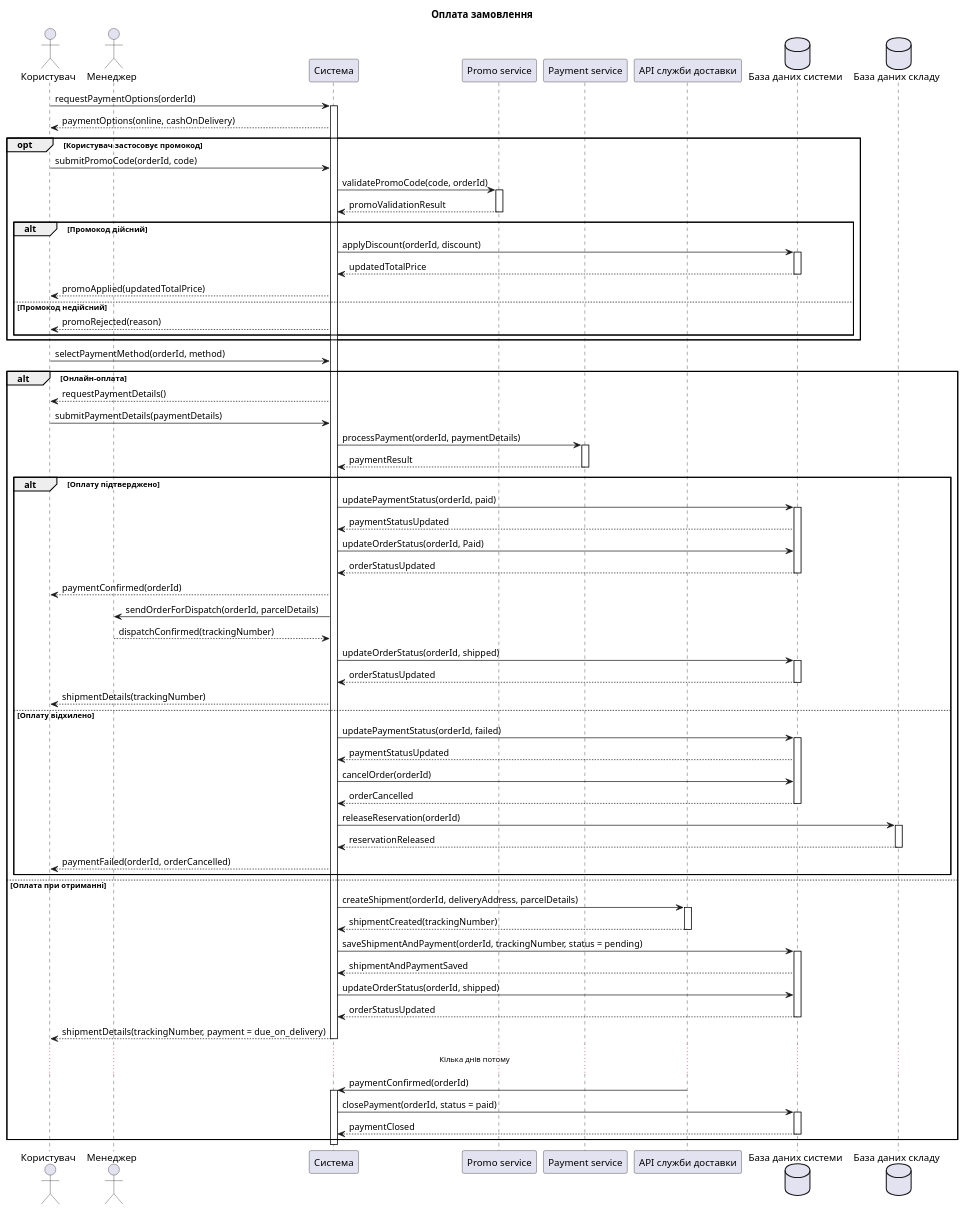
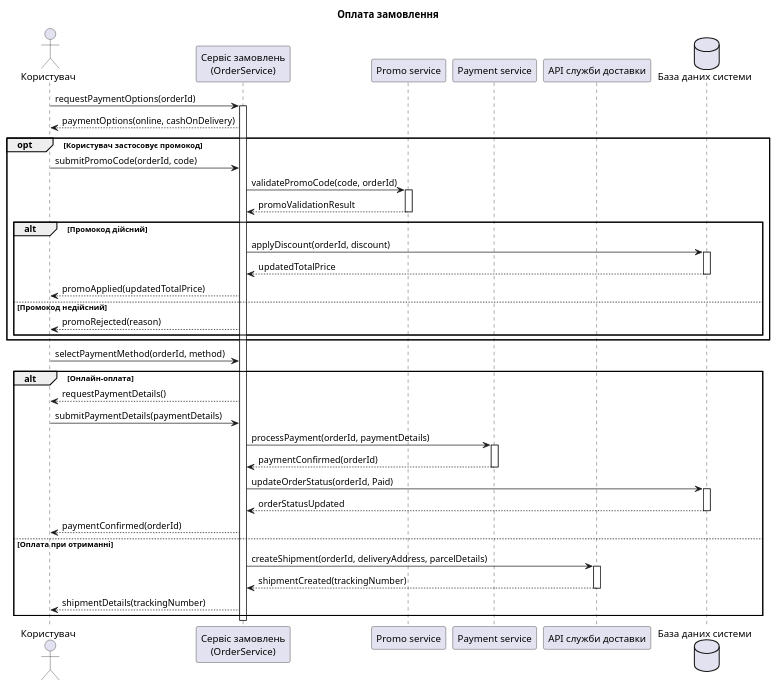
The diagram in lab3/payment.md (sklokcm/KPI2), drawn with PlantUML before and after one commit. The commit also changed other lines of this file and 8 other files, not shown here.

```diff
--- a/lab3/payment.md
+++ b/lab3/payment.md
@@ -2,98 +2,57 @@
 title Оплата замовлення
 
 actor "Користувач" as User
-actor "Менеджер" as Manager
-participant "Система" as System
+participant "Сервіс замовлень\n(OrderService)" as OrderService
 participant "Promo service" as Promo
 participant "Payment service" as Payment
 participant "API служби доставки" as Delivery
 database "База даних системи" as Database
-database "База даних складу" as Inventory
 
-User -> System : requestPaymentOptions(orderId)
-activate System
-System --> User : paymentOptions(online, cashOnDelivery)
+User -> OrderService : requestPaymentOptions(orderId)
+activate OrderService
+OrderService --> User : paymentOptions(online, cashOnDelivery)
 
 opt Користувач застосовує промокод
-    User -> System : submitPromoCode(orderId, code)
-    System -> Promo : validatePromoCode(code, orderId)
+    User -> OrderService : submitPromoCode(orderId, code)
+    OrderService -> Promo : validatePromoCode(code, orderId)
     activate Promo
-    Promo --> System : promoValidationResult
+    Promo --> OrderService : promoValidationResult
     deactivate Promo
 
     alt Промокод дійсний
-        System -> Database : applyDiscount(orderId, discount)
+        OrderService -> Database : applyDiscount(orderId, discount)
         activate Database
-        Database --> System : updatedTotalPrice
+        Database --> OrderService : updatedTotalPrice
         deactivate Database
-        System --> User : promoApplied(updatedTotalPrice)
+        OrderService --> User : promoApplied(updatedTotalPrice)
     else Промокод недійсний
-        System --> User : promoRejected(reason)
+        OrderService --> User : promoRejected(reason)
     end
 end
 
-User -> System : selectPaymentMethod(orderId, method)
+User -> OrderService : selectPaymentMethod(orderId, method)
 
 alt Онлайн-оплата
-    System --> User : requestPaymentDetails()
-    User -> System : submitPaymentDetails(paymentDetails)
-    System -> Payment : processPayment(orderId, paymentDetails)
+    OrderService --> User : requestPaymentDetails()
+    User -> OrderService : submitPaymentDetails(paymentDetails)
+    OrderService -> Payment : processPayment(orderId, paymentDetails)
     activate Payment
-    Payment --> System : paymentResult
+    Payment --> OrderService : paymentConfirmed(orderId)
     deactivate Payment
 
-    alt Оплату підтверджено
-        System -> Database : updatePaymentStatus(orderId, paid)
-        activate Database
-        Database --> System : paymentStatusUpdated
-        System -> Database : updateOrderStatus(orderId, Paid)
-        Database --> System : orderStatusUpdated
-        deactivate Database
-        System --> User : paymentConfirmed(orderId)
-
-        System -> Manager : sendOrderForDispatch(orderId, parcelDetails)
-        Manager --> System : dispatchConfirmed(trackingNumber)
-        System -> Database : updateOrderStatus(orderId, shipped)
-        activate Database
-        Database --> System : orderStatusUpdated
-        deactivate Database
-        System --> User : shipmentDetails(trackingNumber)
-    else Оплату відхилено
-        System -> Database : updatePaymentStatus(orderId, failed)
-        activate Database
-        Database --> System : paymentStatusUpdated
-        System -> Database : cancelOrder(orderId)
-        Database --> System : orderCancelled
-        deactivate Database
-        System -> Inventory : releaseReservation(orderId)
-        activate Inventory
-        Inventory --> System : reservationReleased
-        deactivate Inventory
-        System --> User : paymentFailed(orderId, orderCancelled)
-    end
+    OrderService -> Database : updateOrderStatus(orderId, Paid)
+    activate Database
+    Database --> OrderService : orderStatusUpdated
+    deactivate Database
+    OrderService --> User : paymentConfirmed(orderId)
 
 else Оплата при отриманні
-    System -> Delivery : createShipment(orderId, deliveryAddress, parcelDetails)
+    OrderService -> Delivery : createShipment(orderId, deliveryAddress, parcelDetails)
     activate Delivery
-    Delivery --> System : shipmentCreated(trackingNumber)
+    Delivery --> OrderService : shipmentCreated(trackingNumber)
     deactivate Delivery
-    System -> Database : saveShipmentAndPayment(orderId, trackingNumber, status = pending)
-    activate Database
-    Database --> System : shipmentAndPaymentSaved
-    System -> Database : updateOrderStatus(orderId, shipped)
-    Database --> System : orderStatusUpdated
-    deactivate Database
-    System --> User : shipmentDetails(trackingNumber, payment = due_on_delivery)
-
-    deactivate System
-    ... Кілька днів потому ...
-    Delivery -> System : paymentConfirmed(orderId)
-    activate System
-    System -> Database : closePayment(orderId, status = paid)
-    activate Database
-    Database --> System : paymentClosed
-    deactivate Database
+    OrderService --> User : shipmentDetails(trackingNumber)
 end
 
-deactivate System
+deactivate OrderService
 @enduml
```
